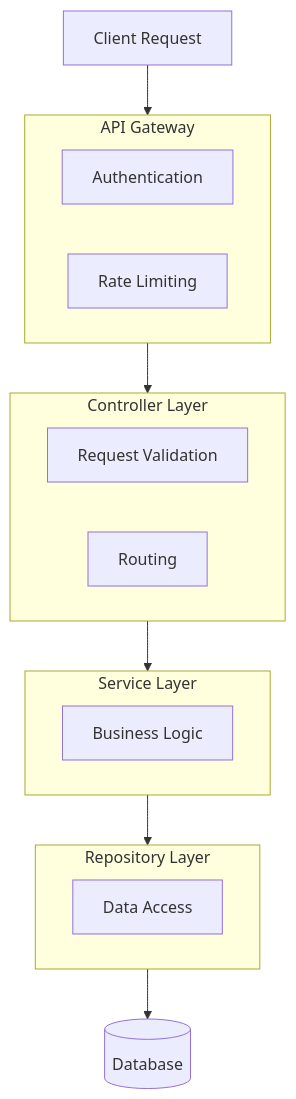
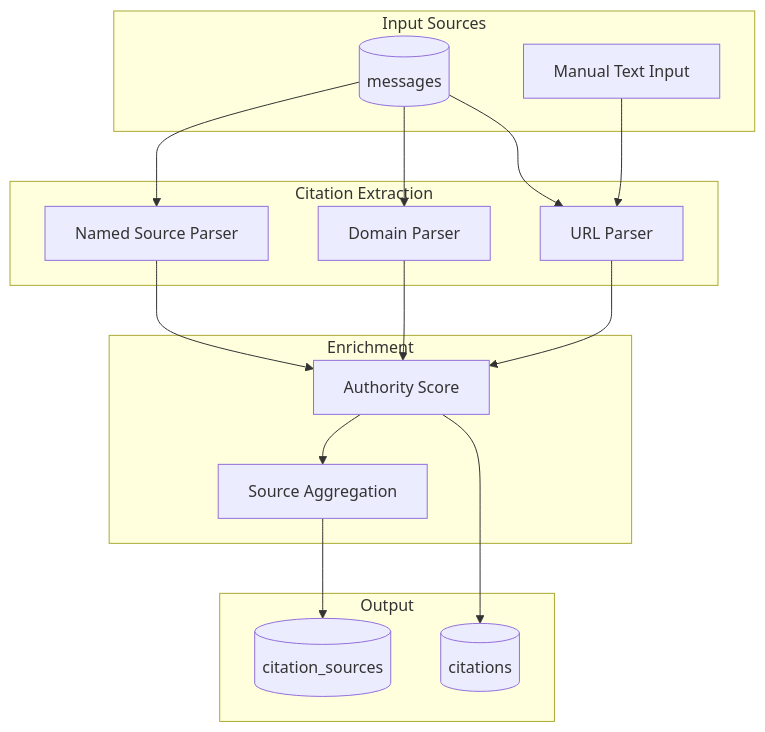
One commit to zhu1090093659/GEO changed the third of 11 diagrams in docs/architecture/DATA_FLOW.md. Above: the diagram before and after it, drawn with Mermaid. The commit also changed other lines of this file and 10 other files, not shown here.

Commit message:
Refactor documentation to enhance clarity and structure, including updates to architecture, module interfaces, API references, and troubleshooting guides. Introduce GEO branding across all documents and improve the setup and deployment instructions for better developer experience.

````diff
--- a/docs/architecture/DATA_FLOW.md
+++ b/docs/architecture/DATA_FLOW.md
@@ -7,30 +100,36 @@
 ```mermaid
 flowchart TB
-    Client[Client Request] --> Gateway
-    
-    subgraph Gateway[API Gateway]
-        Auth[Authentication]
-        Rate[Rate Limiting]
+    subgraph input [Input Sources]
+        Msg[(messages)]
+        Manual[Manual Text Input]
     end
     
-    Gateway --> Controller
-    
-    subgraph Controller[Controller Layer]
-        Valid[Request Validation]
-        Route[Routing]
+    subgraph extract [Citation Extraction]
+        URLParser[URL Parser]
+        DomainParser[Domain Parser]
+        NamedParser[Named Source Parser]
     end
     
-    Controller --> Service
-    
-    subgraph Service[Service Layer]
-        BL[Business Logic]
+    subgraph enrich [Enrichment]
+        Authority[Authority Score]
+        Aggregate[Source Aggregation]
     end
     
-    Service --> Repo
-    
-    subgraph Repo[Repository Layer]
-        DA[Data Access]
+    subgraph output [Output]
+        Cit[(citations)]
+        Src[(citation_sources)]
     end
     
-    Repo --> DB[(Database)]
+    Msg --> URLParser
+    Msg --> DomainParser
+    Msg --> NamedParser
+    Manual --> URLParser
+    
+    URLParser --> Authority
+    DomainParser --> Authority
+    NamedParser --> Authority
+    
+    Authority --> Cit
+    Authority --> Aggregate
+    Aggregate --> Src
 ```
````
